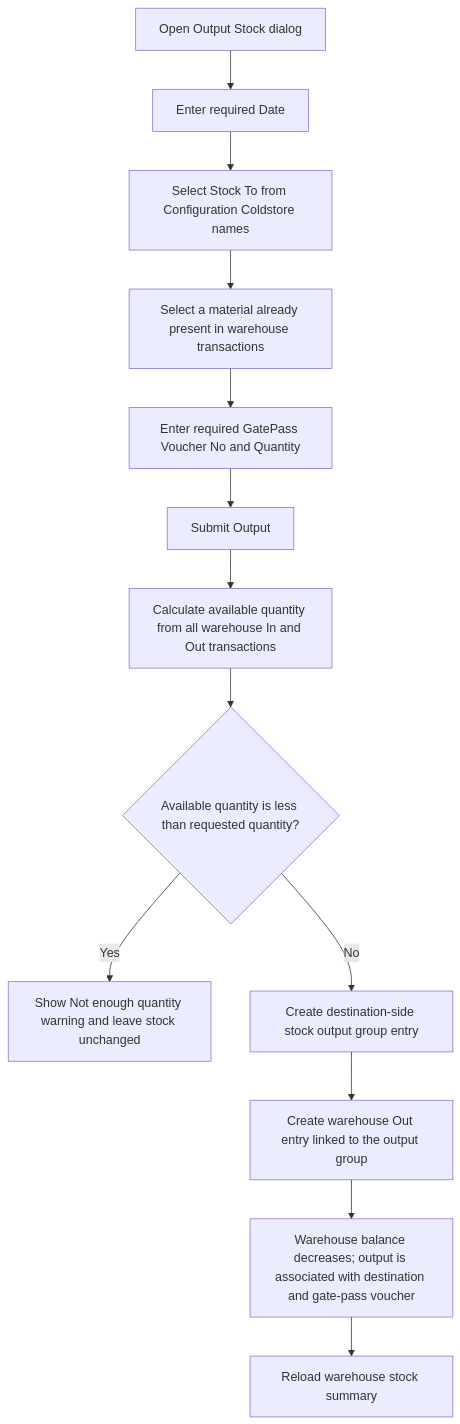
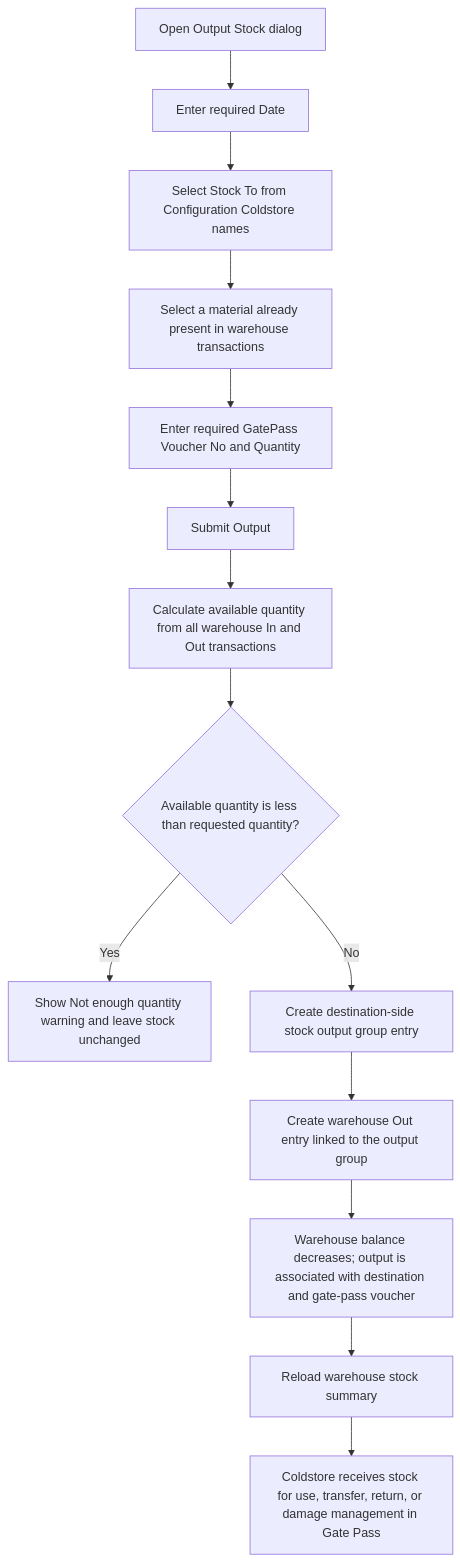
The second of 4 diagrams in UserFlowDiagrams/Packing Material/packingMaterialWarehouseUserFlowDiagram.md (ThawHtooZin/LMS), drawn with Mermaid before and after one commit. The commit also changed other lines of this file and 25 other files, not shown here.

Commit message:
Made some changes in Account Diagrams and added new ones in Packing Material

````diff
--- a/UserFlowDiagrams/Packing Material/packingMaterialWarehouseUserFlowDiagram.md
+++ b/UserFlowDiagrams/Packing Material/packingMaterialWarehouseUserFlowDiagram.md
@@ -23,15 +23,16 @@
 ```mermaid
 flowchart TD
     A[Open Output Stock dialog] --> B[Enter required Date]
     B --> C[Select Stock To from Configuration Coldstore names]
     C --> D[Select a material already present in warehouse transactions]
     D --> E[Enter required GatePass Voucher No and Quantity]
     E --> F[Submit Output]
     F --> G[Calculate available quantity from all warehouse In and Out transactions]
     G --> H{Available quantity is less than requested quantity?}
     H -->|Yes| I[Show Not enough quantity warning and leave stock unchanged]
     H -->|No| J[Create destination-side stock output group entry]
     J --> K[Create warehouse Out entry linked to the output group]
     K --> L[Warehouse balance decreases; output is associated with destination and gate-pass voucher]
     L --> M[Reload warehouse stock summary]
+    M --> N[Coldstore receives stock for use, transfer, return, or damage management in Gate Pass]
 ```
````
